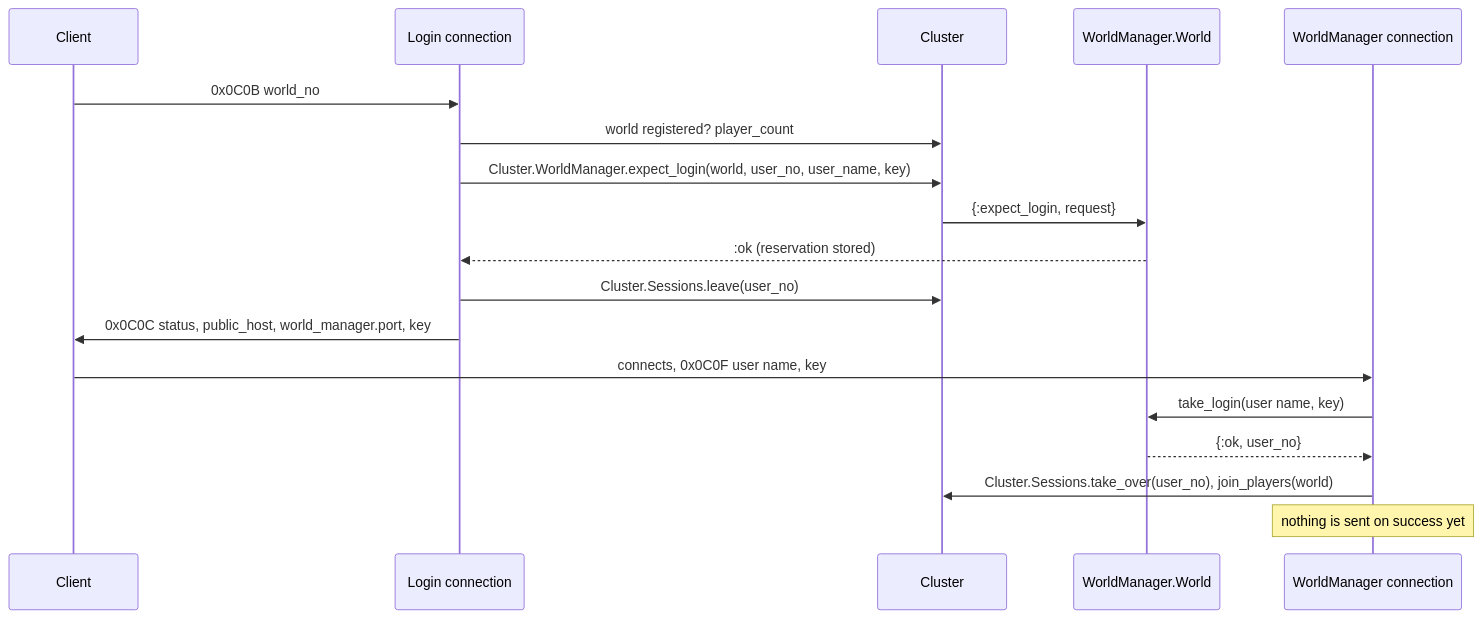
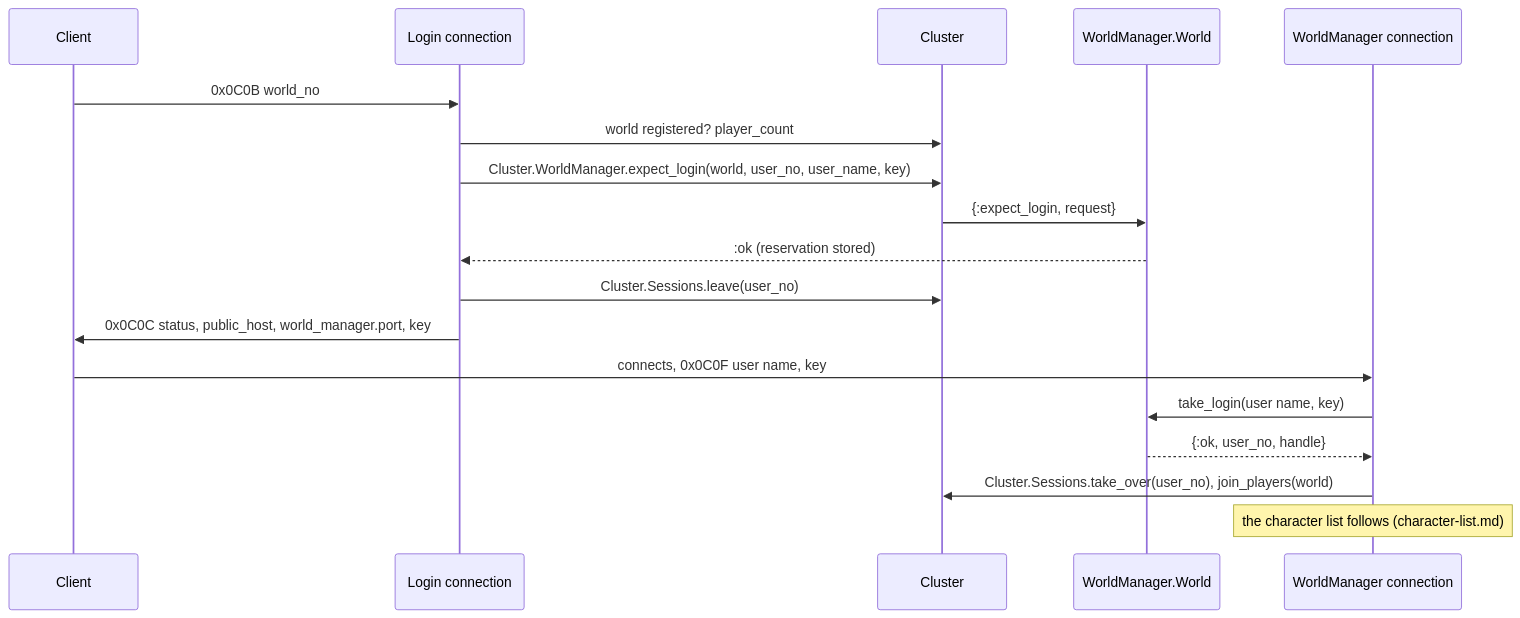
Before and after one commit to wbpascal/pinata: the diagram in server/docs/technical/flows/world-select.md, drawn with Mermaid. The commit also changed other lines of this file and 30 other files, not shown here.

Commit message:
Character list after the WorldManager login (#44)

````diff
--- a/server/docs/technical/flows/world-select.md
+++ b/server/docs/technical/flows/world-select.md
@@ -5,20 +5,20 @@
 ```mermaid
 sequenceDiagram
     participant C as Client
     participant L as Login connection
     participant K as Cluster
     participant W as WorldManager.World
     participant M as WorldManager connection
     C->>L: 0x0C0B world_no
     L->>K: world registered? player_count
     L->>K: Cluster.WorldManager.expect_login(world, user_no, user_name, key)
     K->>W: {:expect_login, request}
     W-->>L: :ok (reservation stored)
     L->>K: Cluster.Sessions.leave(user_no)
     L->>C: 0x0C0C status, public_host, world_manager.port, key
     C->>M: connects, 0x0C0F user name, key
     M->>W: take_login(user name, key)
-    W-->>M: {:ok, user_no}
+    W-->>M: {:ok, user_no, handle}
     M->>K: Cluster.Sessions.take_over(user_no), join_players(world)
-    Note over M: nothing is sent on success yet
+    Note over M: the character list follows (character-list.md)
 ```
````
